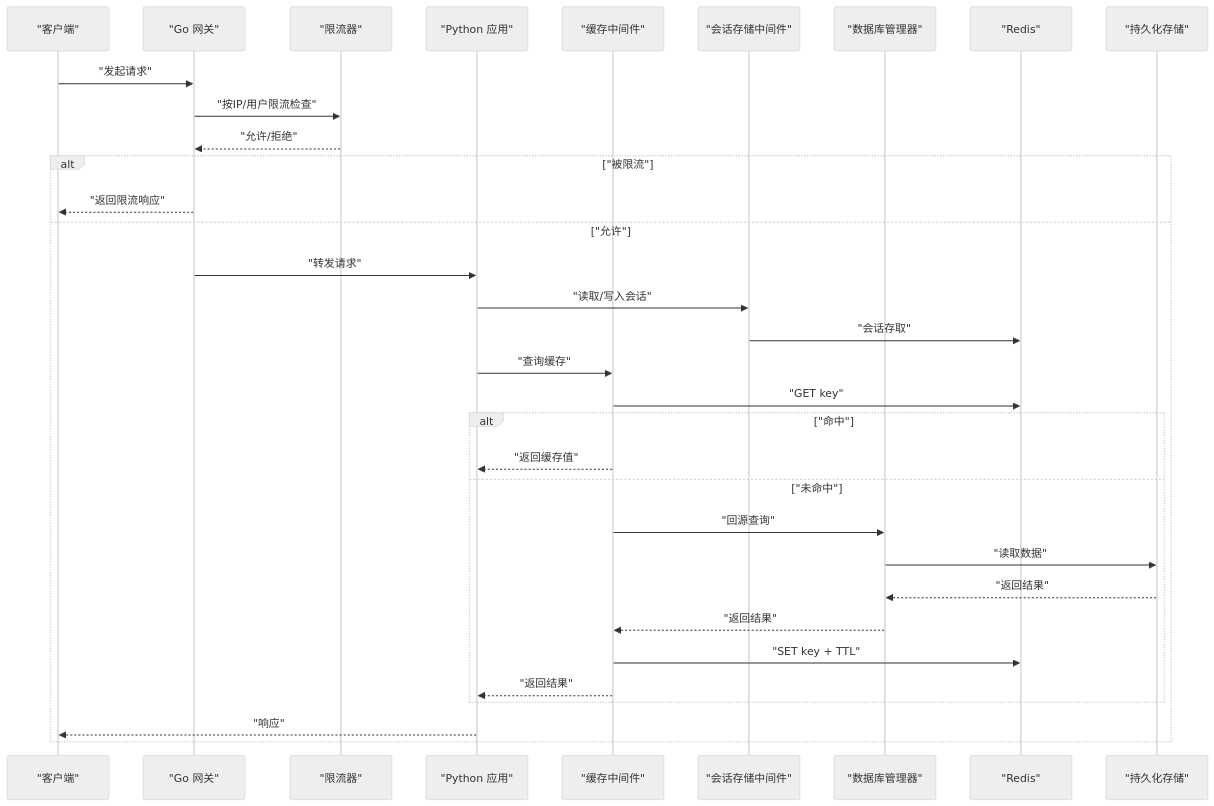
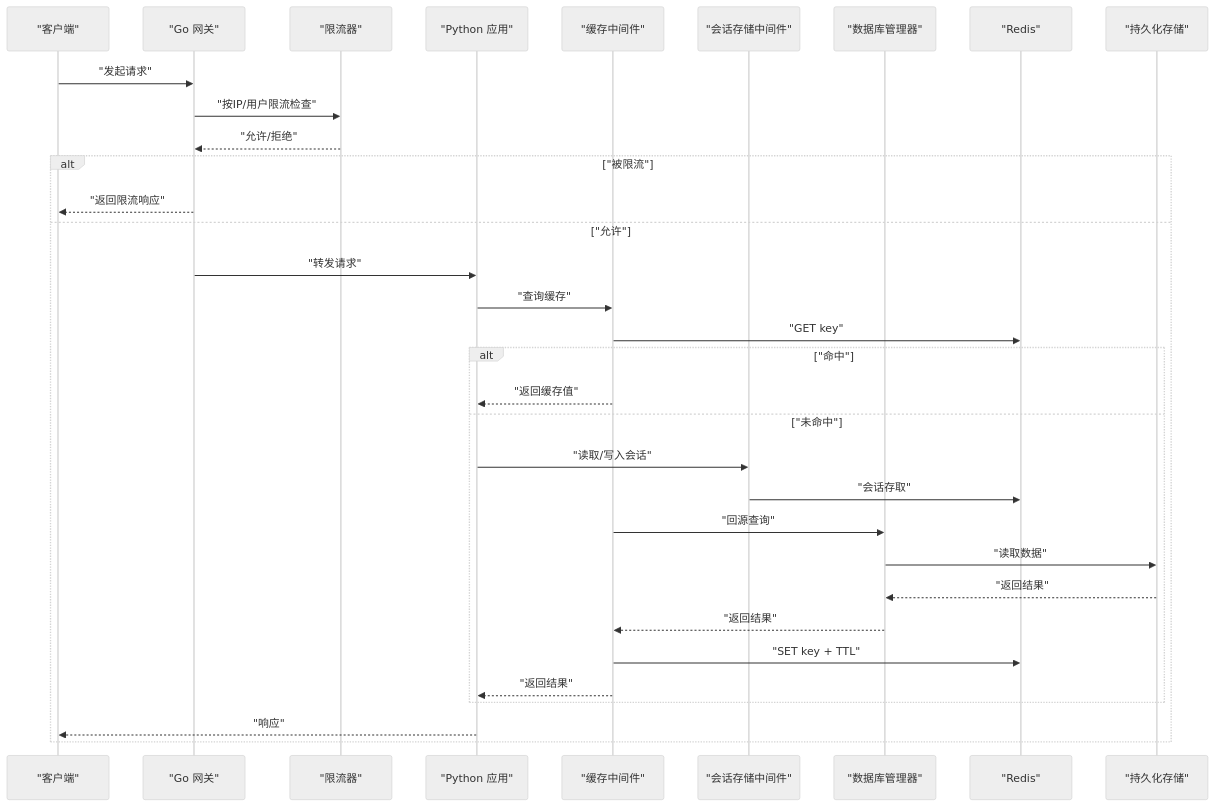
The second of 6 diagrams in .qoder/repowiki/zh/content/架构设计/数据架构设计/缓存层设计.md (zmdhdu/NexusCockpit), drawn with Mermaid (neutral theme) before and after one commit. The commit also changed other lines of this file and 16 other files, not shown here.

````diff
--- a/.qoder/repowiki/zh/content/架构设计/数据架构设计/缓存层设计.md
+++ b/.qoder/repowiki/zh/content/架构设计/数据架构设计/缓存层设计.md
@@ -101,35 +119,35 @@
 ```mermaid
 sequenceDiagram
 participant Client as "客户端"
 participant Gateway as "Go 网关"
 participant RateLimit as "限流器"
 participant App as "Python 应用"
 participant CacheMW as "缓存中间件"
 participant SessionMW as "会话存储中间件"
 participant DBMgr as "数据库管理器"
 participant Redis as "Redis"
 participant Store as "持久化存储"
 Client->>Gateway : "发起请求"
 Gateway->>RateLimit : "按IP/用户限流检查"
 RateLimit-->>Gateway : "允许/拒绝"
 alt "被限流"
 Gateway-->>Client : "返回限流响应"
 else "允许"
 Gateway->>App : "转发请求"
-App->>SessionMW : "读取/写入会话"
-SessionMW->>Redis : "会话存取"
 App->>CacheMW : "查询缓存"
 CacheMW->>Redis : "GET key"
 alt "命中"
 CacheMW-->>App : "返回缓存值"
 else "未命中"
+App->>SessionMW : "读取/写入会话"
+SessionMW->>Redis : "会话存取"
 CacheMW->>DBMgr : "回源查询"
 DBMgr->>Store : "读取数据"
 Store-->>DBMgr : "返回结果"
 DBMgr-->>CacheMW : "返回结果"
 CacheMW->>Redis : "SET key + TTL"
 CacheMW-->>App : "返回结果"
 end
 App-->>Client : "响应"
 end
 ```
````
